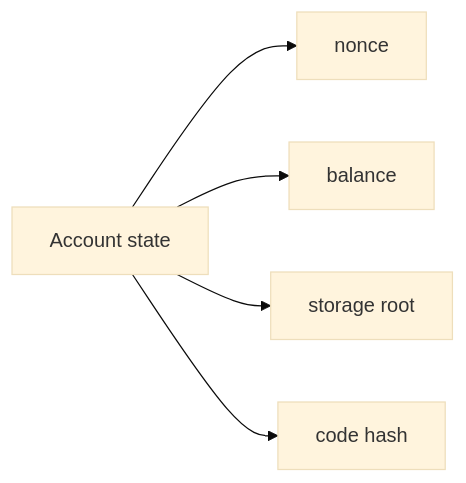
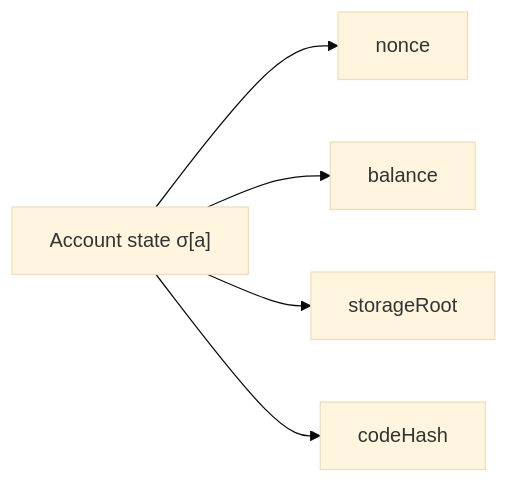
One commit to deepakraous/evm-lean4 changed the fifth of 7 diagrams in YELLOW_PAPER_MERMAID.md. Above: the diagram before and after it, drawn with Mermaid (base theme). The commit also changed other lines of this file, not shown here.

````diff
--- a/YELLOW_PAPER_MERMAID.md
+++ b/YELLOW_PAPER_MERMAID.md
@@ -205,7 +328,7 @@
 ```mermaid
 flowchart LR
-  Account["Account state"] --> Nonce["nonce"]
+  Account["Account state σ[a]"] --> Nonce["nonce"]
   Account --> Balance["balance"]
-  Account --> StorageRoot["storage root"]
-  Account --> CodeHash["code hash"]
+  Account --> StorageRoot["storageRoot"]
+  Account --> CodeHash["codeHash"]
 ```
````
